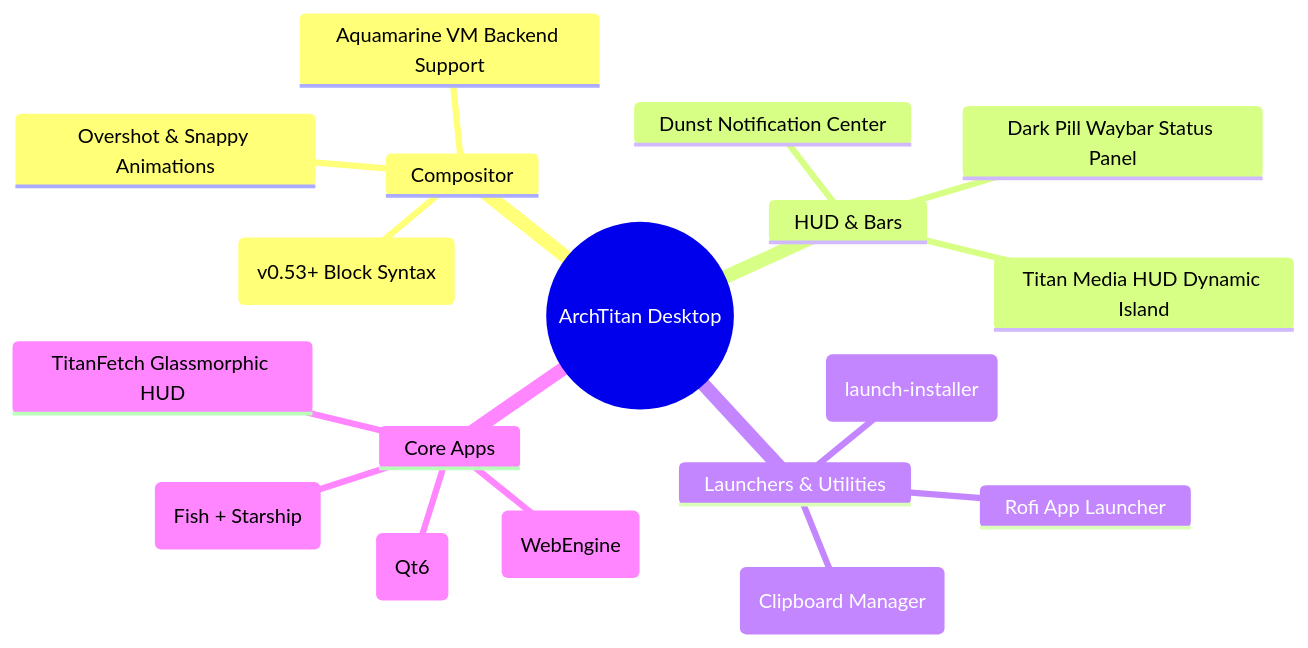
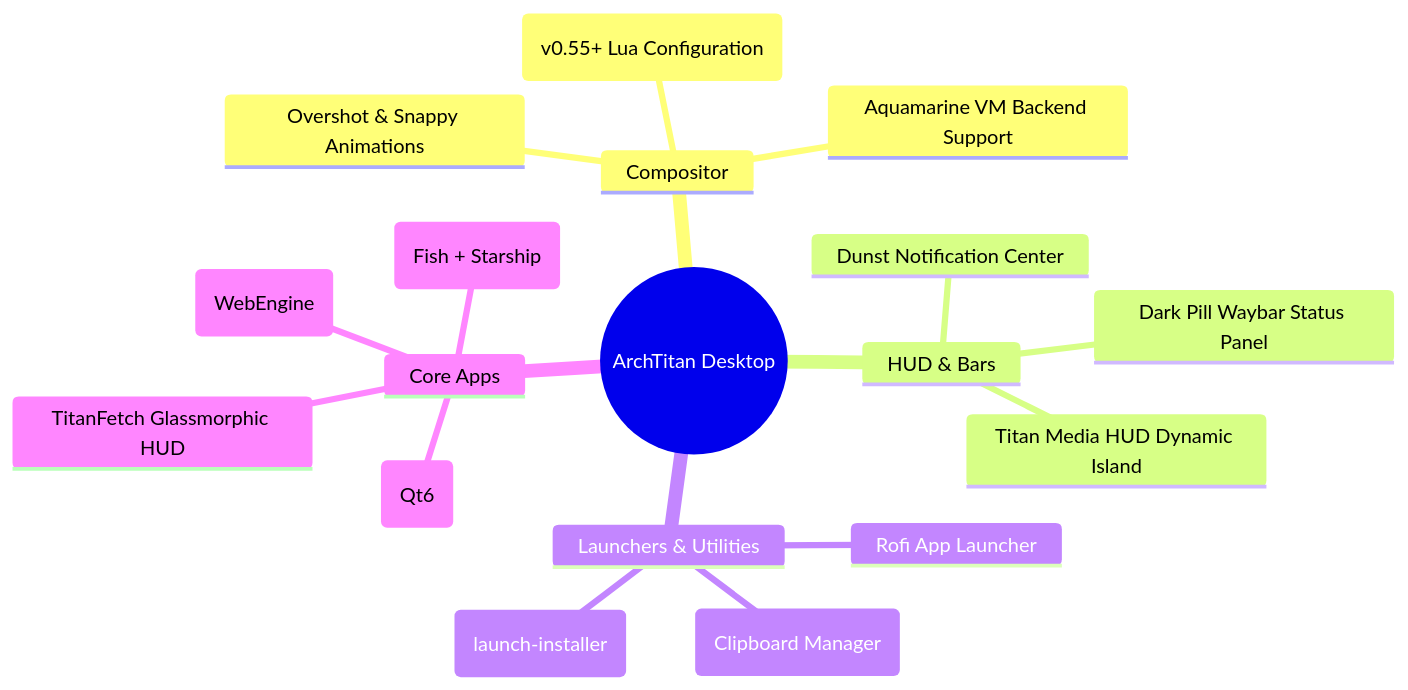
One commit to GitGuru29/archtitan-os changed the second of 3 diagrams in README.md. Above: the diagram before and after it, drawn with Mermaid. The commit also changed other lines of this file, not shown here.

Commit message:
docs: update README with lua config migration and wallpaper picker

````diff
--- a/README.md
+++ b/README.md
@@ -143,21 +143,21 @@
 ```mermaid
 mindmap
   root((ArchTitan Desktop))
     Compositor
-      Hyprland (v0.53+ Block Syntax)
+      Hyprland (v0.55+ Lua Configuration)
       Aquamarine VM Backend Support
       Overshot & Snappy Animations
     HUD & Bars
       Dark Pill Waybar Status Panel
       Titan Media HUD Dynamic Island
       Dunst Notification Center
     Launchers & Utilities
       Rofi App Launcher
       Cliphist (Clipboard Manager)
       Calamares (launch-installer)
     Core Apps
       Kitty (Fish + Starship)
       Titan Browser (WebEngine)
       ArchTitan Settings (Qt6)
       TitanFetch Glassmorphic HUD
 ```
````
